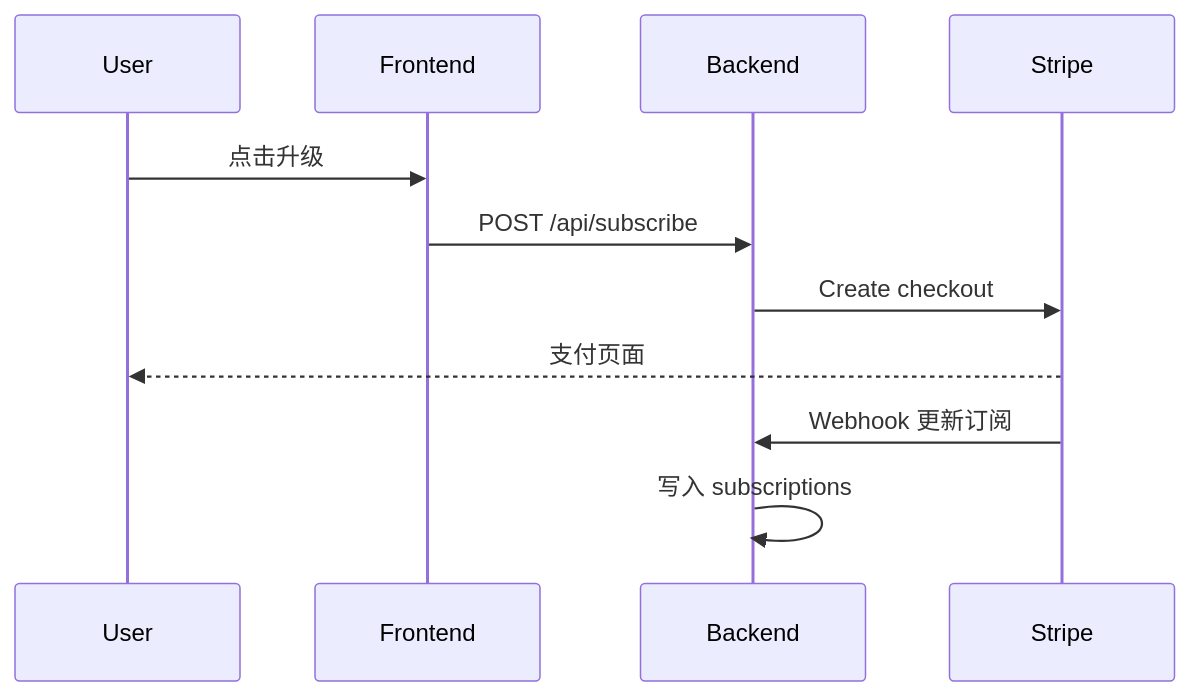
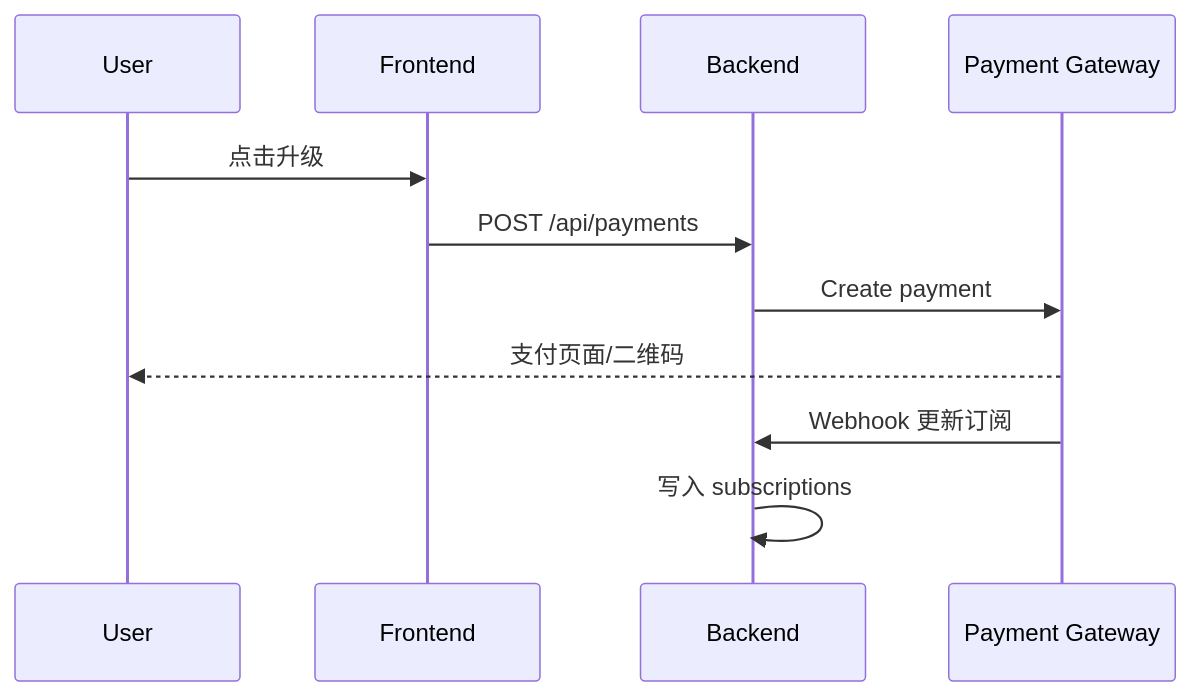
One commit to cswenyuanxiao/Bili-Summarizer changed the second of 3 diagrams in docs/feature-roadmap.md. Above: the diagram before and after it, drawn with Mermaid. The commit also changed other lines of this file and 36 other files, not shown here.

````diff
--- a/docs/feature-roadmap.md
+++ b/docs/feature-roadmap.md
@@ -100,13 +100,13 @@
 ```mermaid
 sequenceDiagram
   participant U as User
   participant FE as Frontend
   participant BE as Backend
-  participant ST as Stripe
+  participant ST as Payment Gateway
   U->>FE: 点击升级
-  FE->>BE: POST /api/subscribe
-  BE->>ST: Create checkout
-  ST-->>U: 支付页面
+  FE->>BE: POST /api/payments
+  BE->>ST: Create payment
+  ST-->>U: 支付页面/二维码
   ST->>BE: Webhook 更新订阅
   BE->>BE: 写入 subscriptions
 ```
````
